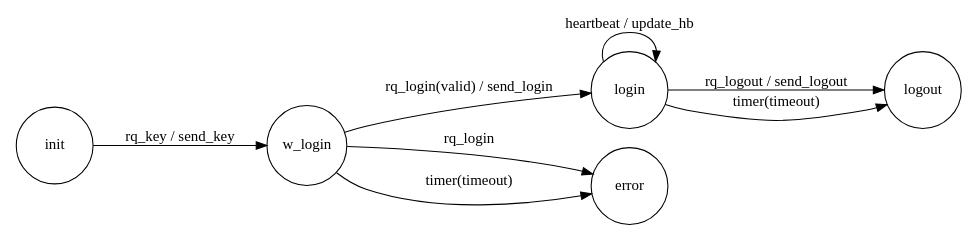
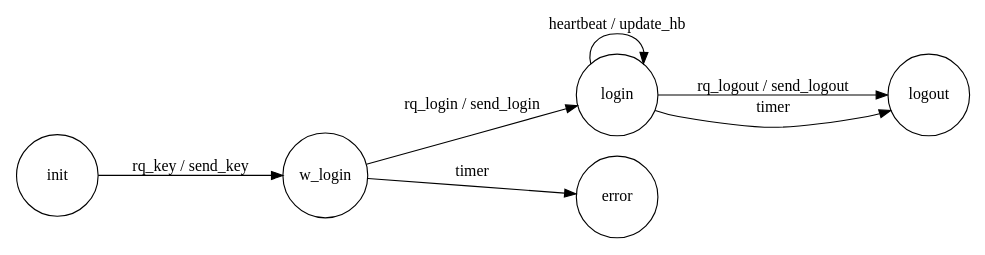
Before and after one commit to jleahred/fsm_gen: the diagram in cpp_test/fsm/login.dot, drawn with Graphviz. The commit also changed other lines of this file and 9 other files, not shown here.

```diff
--- a/cpp_test/fsm/login.dot
+++ b/cpp_test/fsm/login.dot
@@ -1,20 +1,36 @@
+
+//  generated automatically  2020-10-17 22:31:14
 
 digraph finite_state_machine {
-	rankdir=LR;
-	size="8,5"
-	node [shape = circle, width=1];
+    rankdir=LR;
+    size="8,5"
+    node [shape = circle, width=1];
+
+
+    
+    init -> w_login [label="rq_key / send_key"]
+    
+    
+    
+    w_login -> login [label="rq_login / send_login"]
+    
+    
+    w_login -> error [label="timer"]
+    
+    
+    
+    login -> logout [label="rq_logout / send_logout"]
+    
+    
+    login -> login [label="heartbeat / update_hb"]
+    
+    
+    login -> logout [label="timer"]
+    
+    
+    
+    
 
 
 
-init -> w_login [label="rq_key / send_key"]
-
-w_login -> login [label="rq_login(valid) / send_login"]
-w_login -> error [label="rq_login"]
-w_login -> error [label="timer(timeout)"]
-
-login -> logout [label="rq_logout / send_logout"]
-login -> login [label="heartbeat / update_hb"]
-login -> logout [label="timer(timeout)"]
-
-
 }
```
